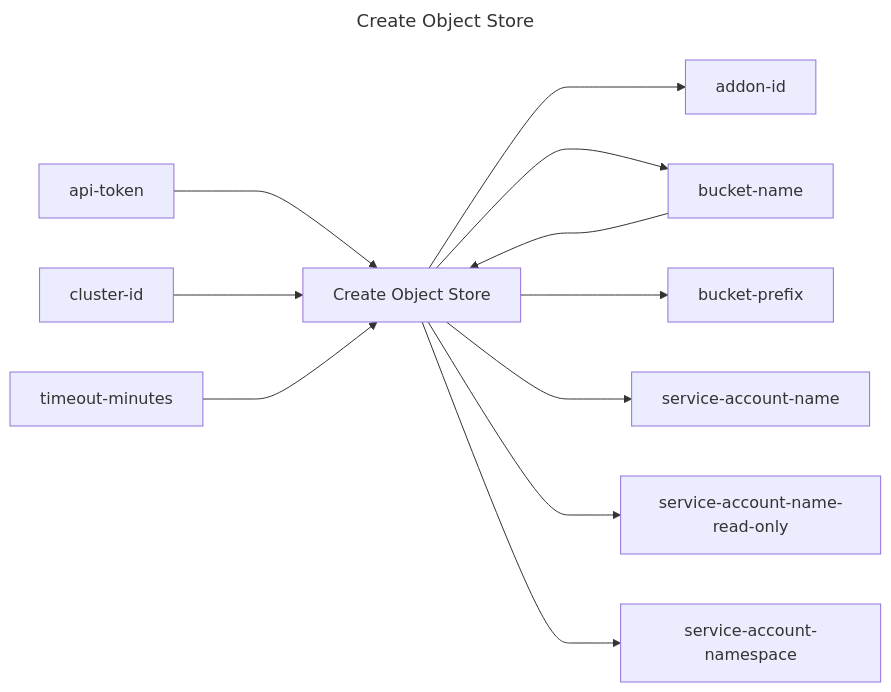
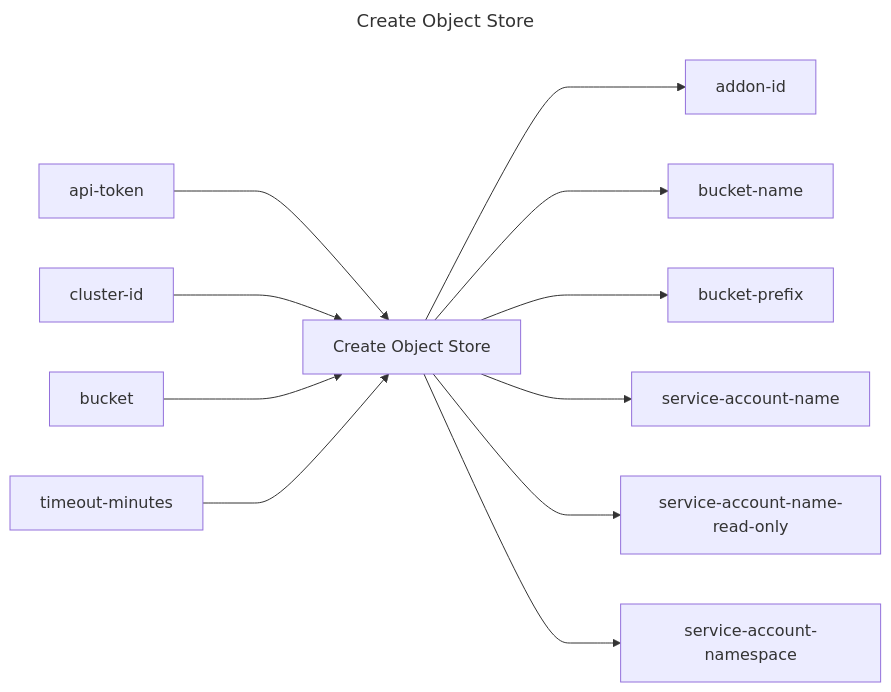
The diagram in create-object-store/README.md (replicatedhq/replicated-actions), drawn with Mermaid before and after one commit. The commit also changed other lines of this file, not shown here.

Commit message:
Automated commit of npm build result and updated readme files

````diff
--- a/create-object-store/README.md
+++ b/create-object-store/README.md
@@ -3,27 +3,27 @@
 ```mermaid
 ---
 title: Create Object Store
 ---
 graph LR
 create_object_store["Create Object Store"]
 api_token["api-token"]
 cluster_id["cluster-id"]
-bucket_name["bucket-name"]
+bucket["bucket"]
 timeout_minutes["timeout-minutes"]
 addon_id["addon-id"]
 bucket_name["bucket-name"]
 bucket_prefix["bucket-prefix"]
 service_account_name["service-account-name"]
 service_account_name_read_only["service-account-name-read-only"]
 service_account_namespace["service-account-namespace"]
 api_token ---> create_object_store
 cluster_id ---> create_object_store
-bucket_name ---> create_object_store
+bucket ---> create_object_store
 timeout_minutes ---> create_object_store
 create_object_store ---> addon_id
 create_object_store ---> bucket_name
 create_object_store ---> bucket_prefix
 create_object_store ---> service_account_name
 create_object_store ---> service_account_name_read_only
 create_object_store ---> service_account_namespace
 ```
````
